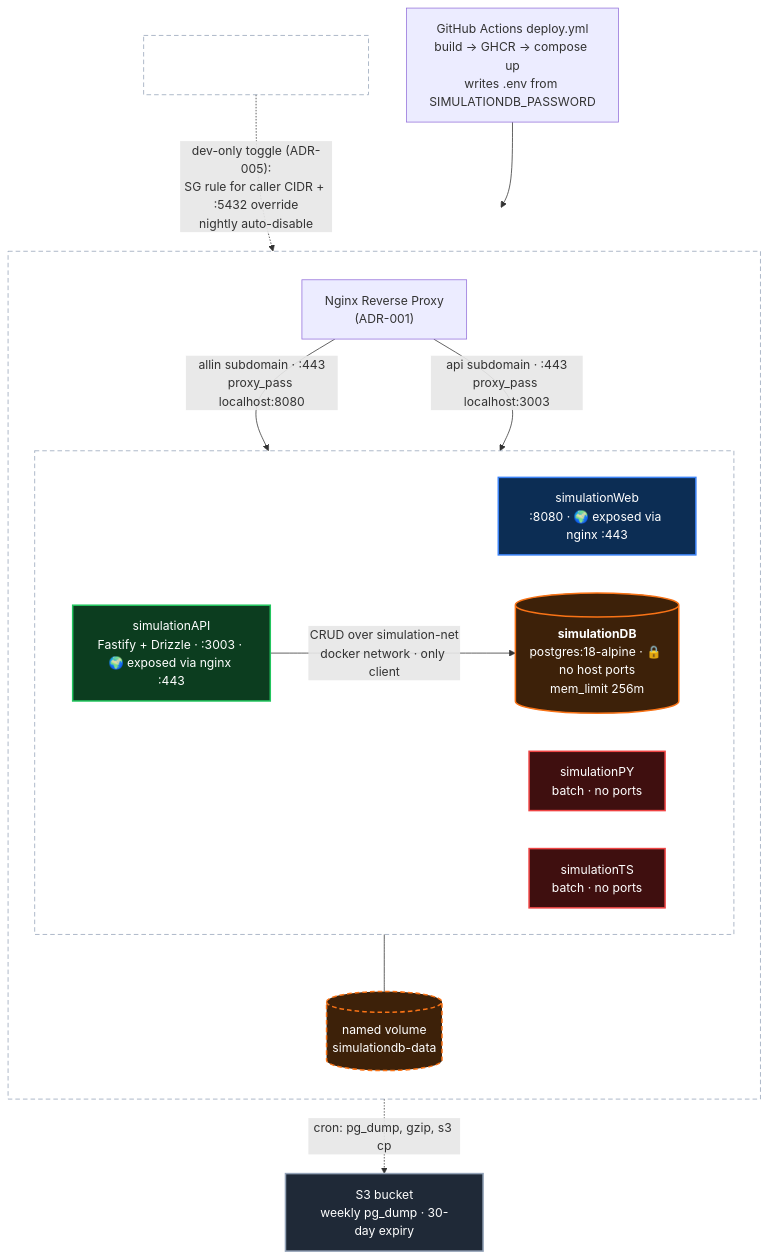
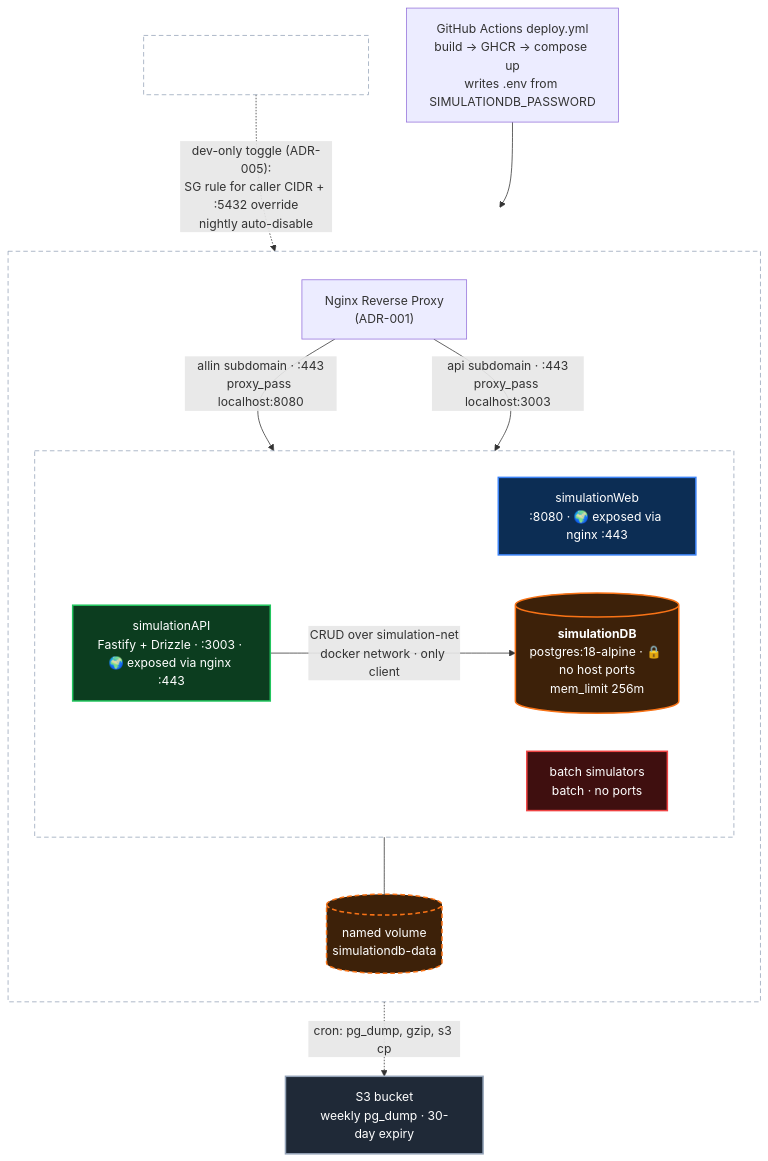
The diagram in docs/adr/003-simulationdb-container.md (jbframe/big-equity), drawn with Mermaid before and after one commit. The commit also changed other lines of this file and 33 other files, not shown here.

````diff
--- a/docs/adr/003-simulationdb-container.md
+++ b/docs/adr/003-simulationdb-container.md
@@ -87,36 +87,34 @@
 ```mermaid
 graph TD
     Dev["developer<br/>db.makejohnacoffee.com:5432"]
     subgraph EC2["AWS EC2 Instance"]
         direction TB
         Nginx["Nginx Reverse Proxy<br/>(ADR-001)"]
         subgraph Docker["Docker containers"]
             direction LR
             Web["simulationWeb<br/>:8080 · 🌍 exposed via nginx :443"]
             API["simulationAPI<br/>Fastify + Drizzle · :3003 · 🌍 exposed via nginx :443"]
-            PY["simulationPY<br/>batch · no ports"]
-            TS["simulationTS<br/>batch · no ports"]
+            Batch["batch simulators<br/>batch · no ports"]
             DB[("<b>simulationDB</b><br/>postgres:18-alpine · 🔒 no host ports<br/>mem_limit 256m")]
         end
         Vol[("named volume<br/>simulationdb-data")]
         Nginx -- "allin subdomain · :443<br/>proxy_pass localhost:8080" --> Web
         Nginx -- "api subdomain · :443<br/>proxy_pass localhost:3003" --> API
         API -- "CRUD over simulation-net<br/>docker network · only client" --> DB
         DB --- Vol
     end
     S3["S3 bucket<br/>weekly pg_dump · 30-day expiry"]
     DB -. "cron: pg_dump, gzip, s3 cp" .-> S3
     Dev -. "dev-only toggle (ADR-005):<br/>SG rule for caller CIDR + :5432 override<br/>nightly auto-disable" .-> DB
     CI["GitHub Actions deploy.yml<br/>build → GHCR → compose up<br/>writes .env from SIMULATIONDB_PASSWORD"] --> Docker
 
     style DB fill:#3d2109,stroke:#f97316,stroke-width:2px,color:#ffffff
     style Vol fill:#3d2109,stroke:#f97316,stroke-width:2px,stroke-dasharray:6 4,color:#ffffff
     style API fill:#0c3d1f,stroke:#22c55e,stroke-width:2px,color:#ffffff
     style Web fill:#0c2d54,stroke:#3b82f6,stroke-width:2px,color:#ffffff
-    style PY fill:#3f0f0f,stroke:#ef4444,stroke-width:2px,color:#ffffff
-    style TS fill:#3f0f0f,stroke:#ef4444,stroke-width:2px,color:#ffffff
+    style Batch fill:#3f0f0f,stroke:#ef4444,stroke-width:2px,color:#ffffff
     style S3 fill:#1f2937,stroke:#94a3b8,stroke-width:2px,color:#ffffff
     style Dev fill:transparent,stroke:#94a3b8,stroke-dasharray:6 4,color:#ffffff
     style EC2 fill:transparent,stroke:#94a3b8,stroke-dasharray:6 4,color:#ffffff
     style Docker fill:transparent,stroke:#94a3b8,stroke-dasharray:6 4,color:#ffffff
 ```
````
